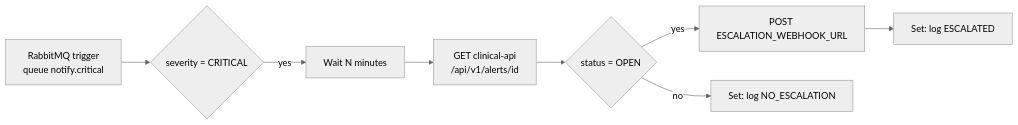
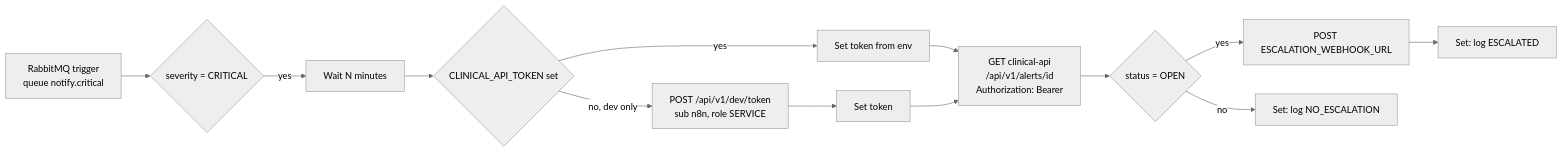
One commit to ilay-fisher/vitalstream changed the diagram in infra/n8n/README.md. Above: the diagram before and after it, drawn with Mermaid (neutral theme). The commit also changed other lines of this file and 2 other files, not shown here.

Commit message:
feat(infra): n8n escalation workflow authenticates to clinical-api with a Bearer token

````diff
--- a/infra/n8n/README.md
+++ b/infra/n8n/README.md
@@ -5,10 +5,14 @@
 ```mermaid
 flowchart LR
     Q[RabbitMQ trigger<br/>queue notify.critical] --> F{severity = CRITICAL}
     F -- yes --> W[Wait N minutes]
-    W --> G[GET clinical-api<br/>/api/v1/alerts/id]
+    W --> T{CLINICAL_API_TOKEN set}
+    T -- yes --> U[Set token from env]
+    T -- no, dev only --> D[POST /api/v1/dev/token<br/>sub n8n, role SERVICE] --> V[Set token]
+    U --> G[GET clinical-api<br/>/api/v1/alerts/id<br/>Authorization: Bearer]
+    V --> G
     G --> O{status = OPEN}
     O -- yes --> P[POST ESCALATION_WEBHOOK_URL]
     P --> L1[Set: log ESCALATED]
     O -- no --> L2[Set: log NO_ESCALATION]
 ```
````
